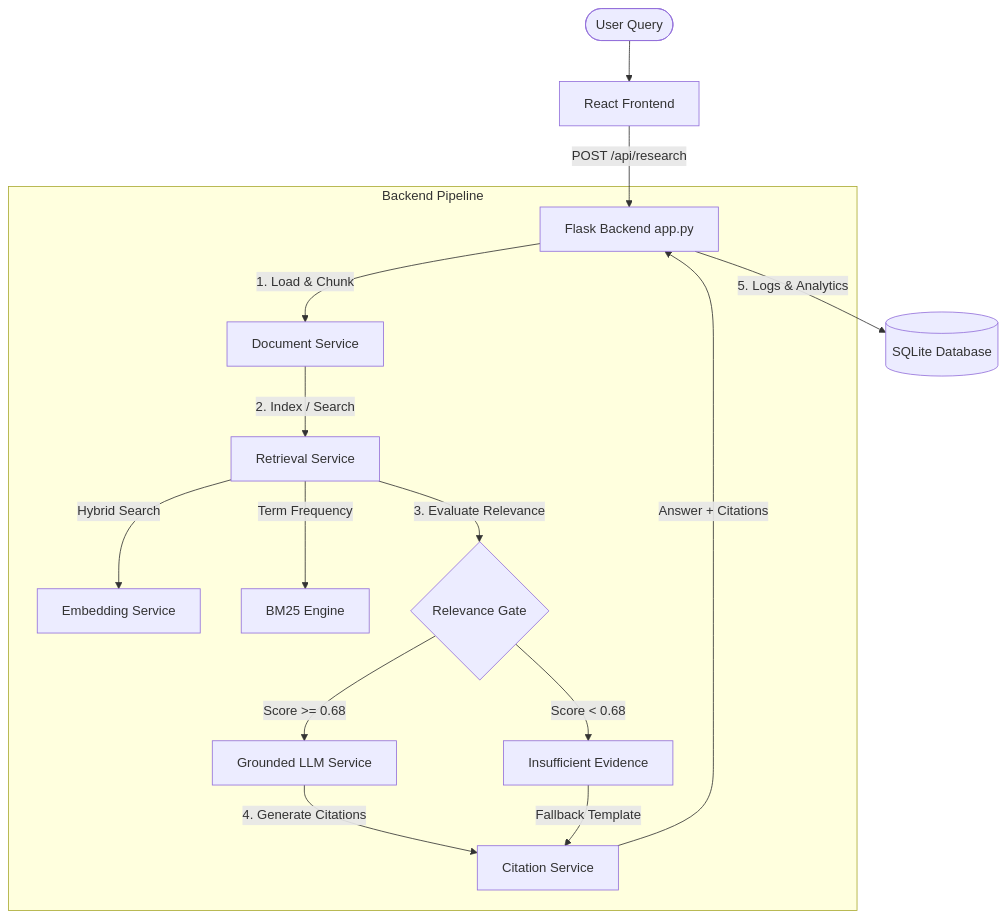
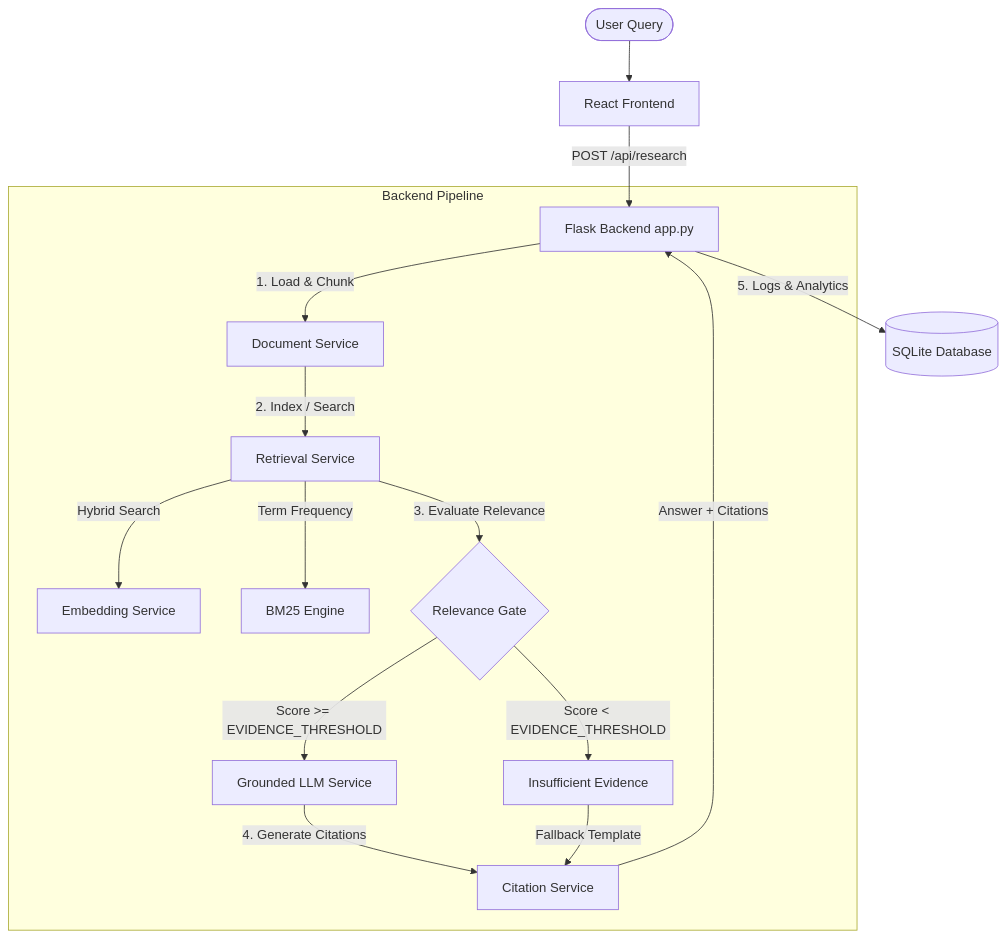
One commit to 04Sanjanaa/Cerebro-Research-Agent changed the diagram in docs/ARCHITECTURE.md. Above: the diagram before and after it, drawn with Mermaid. The commit also changed other lines of this file and 11 other files, not shown here.

````diff
--- a/docs/ARCHITECTURE.md
+++ b/docs/ARCHITECTURE.md
@@ -9,23 +9,23 @@
 ```mermaid
 graph TD
     User([User Query]) --> UI[React Frontend]
     UI -->|POST /api/research| API[Flask Backend app.py]
     
     subgraph Backend Pipeline
         API -->|1. Load & Chunk| DS[Document Service]
         DS -->|2. Index / Search| RS[Retrieval Service]
         RS -->|Hybrid Search| ES[Embedding Service]
         RS -->|Term Frequency| BM25[BM25 Engine]
         
         RS -->|3. Evaluate Relevance| Gate{Relevance Gate}
-        Gate -->|Score >= 0.68| Synth[Grounded LLM Service]
-        Gate -->|Score < 0.68| Reject[Insufficient Evidence]
+        Gate -->|Score >= EVIDENCE_THRESHOLD| Synth[Grounded LLM Service]
+        Gate -->|Score < EVIDENCE_THRESHOLD| Reject[Insufficient Evidence]
         
         Synth -->|4. Generate Citations| CS[Citation Service]
         Reject -->|Fallback Template| CS
         
         CS -->|Answer + Citations| API
     end
     
     API -->|5. Logs & Analytics| DB[(SQLite Database)]
 ```
````
